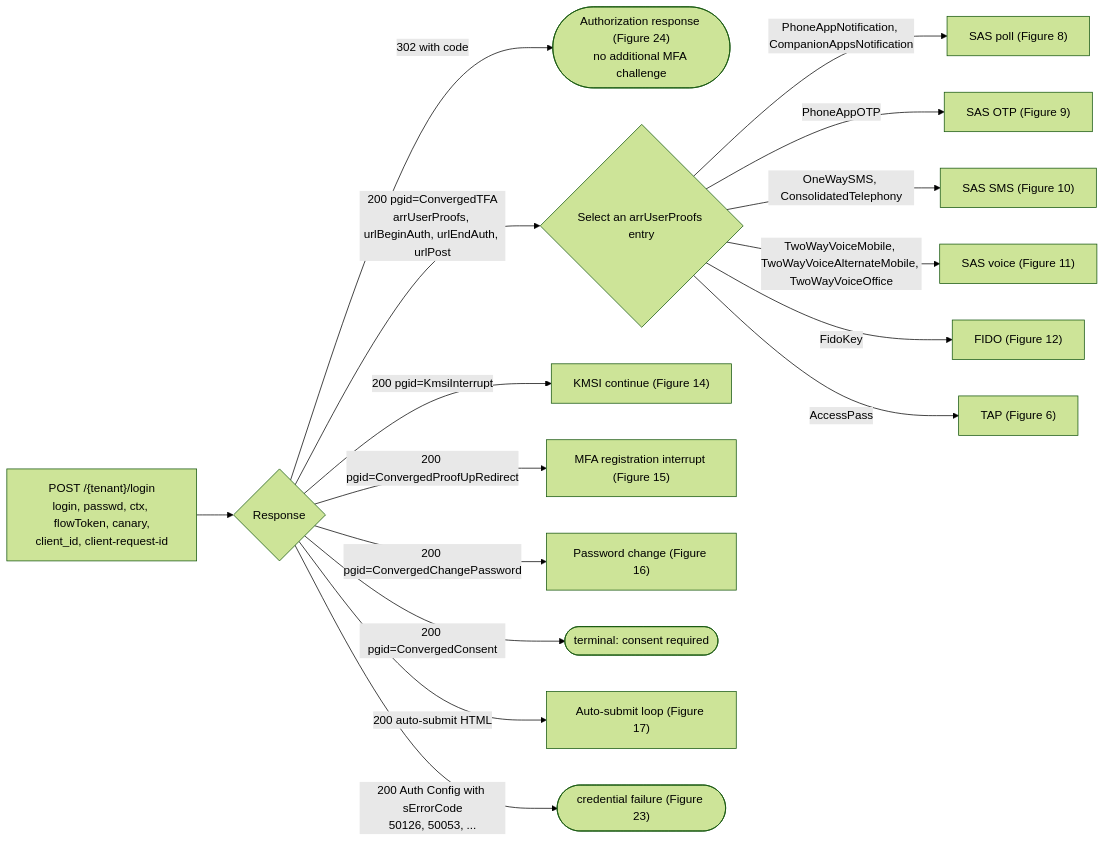
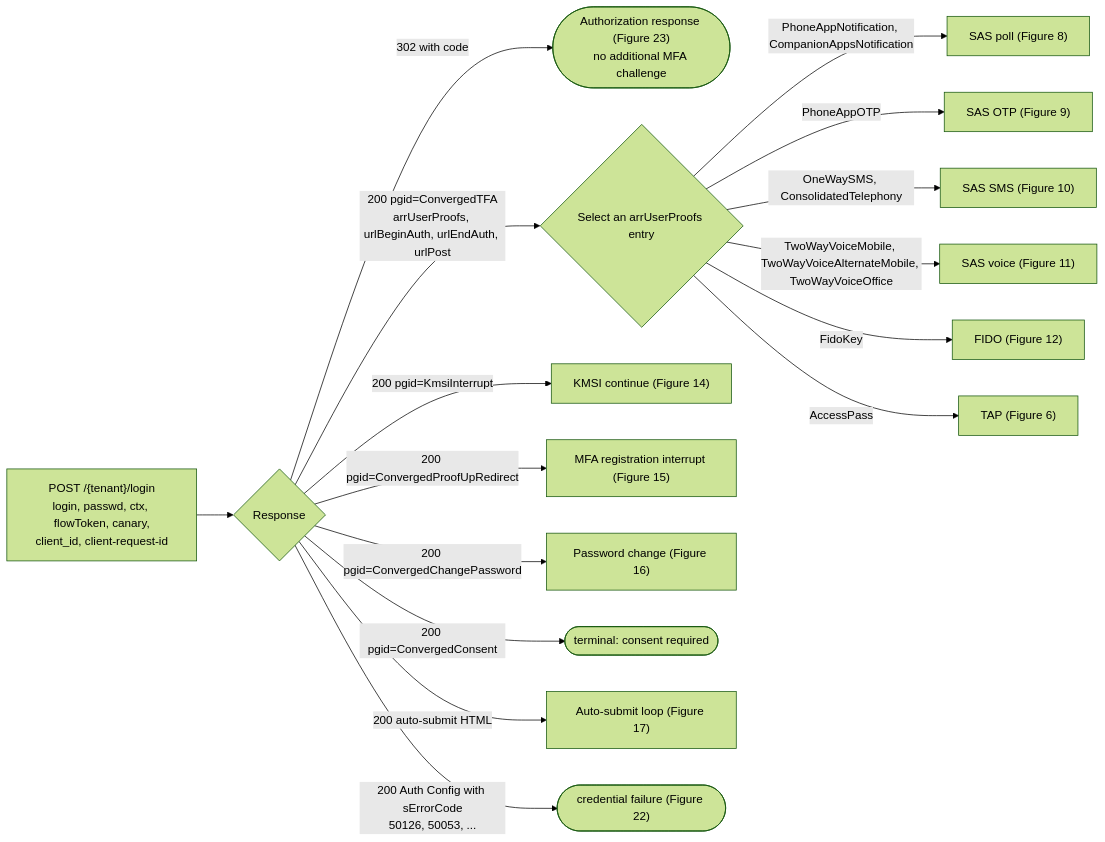
One commit to himmelblau-idm/ests_spec changed the diagram in figures/src/fig-05-password-branch.mmd. Above: the diagram before and after it, drawn with Mermaid (forest theme). The commit also changed 29 other files, not shown here.

```diff
--- a/figures/src/fig-05-password-branch.mmd
+++ b/figures/src/fig-05-password-branch.mmd
@@ -1,16 +1,16 @@
 flowchart LR
   A["POST /{tenant}/login<br/>login, passwd, ctx, flowToken, canary,<br/>client_id, client-request-id"] --> B{"Response"}
-  B -->|"302 with code"| T(["Authorization response (Figure 24)<br/>no additional MFA challenge"])
+  B -->|"302 with code"| T(["Authorization response (Figure 23)<br/>no additional MFA challenge"])
   B -->|"200 pgid=ConvergedTFA<br/>arrUserProofs, urlBeginAuth, urlEndAuth, urlPost"| M{"Select an arrUserProofs entry"}
   B -->|"200 pgid=KmsiInterrupt"| K["KMSI continue (Figure 14)"]
   B -->|"200 pgid=ConvergedProofUpRedirect"| PU["MFA registration interrupt (Figure 15)"]
   B -->|"200 pgid=ConvergedChangePassword"| SS["Password change (Figure 16)"]
   B -->|"200 pgid=ConvergedConsent"| CO(["terminal: consent required"])
   B -->|"200 auto-submit HTML"| AS["Auto-submit loop (Figure 17)"]
-  B -->|"200 Auth Config with sErrorCode<br/>50126, 50053, ..."| ER(["credential failure (Figure 23)"])
+  B -->|"200 Auth Config with sErrorCode<br/>50126, 50053, ..."| ER(["credential failure (Figure 22)"])
   M -->|"PhoneAppNotification, CompanionAppsNotification"| S1["SAS poll (Figure 8)"]
   M -->|"PhoneAppOTP"| S2["SAS OTP (Figure 9)"]
   M -->|"OneWaySMS, ConsolidatedTelephony"| S3["SAS SMS (Figure 10)"]
   M -->|"TwoWayVoiceMobile, TwoWayVoiceAlternateMobile, TwoWayVoiceOffice"| S4["SAS voice (Figure 11)"]
   M -->|"FidoKey"| S5["FIDO (Figure 12)"]
   M -->|"AccessPass"| S6["TAP (Figure 6)"]
```
